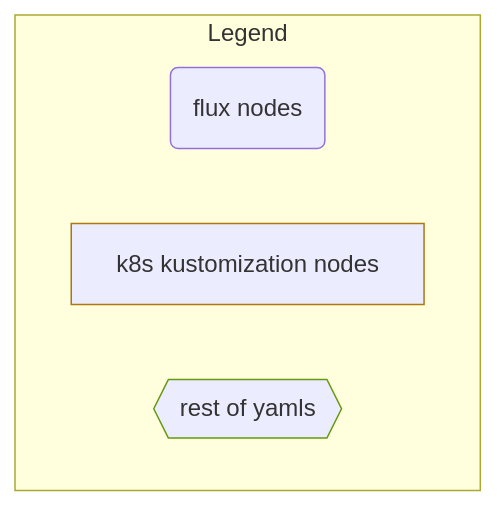
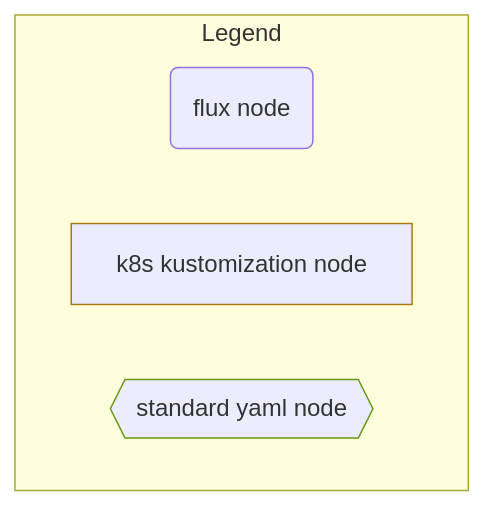
Before and after one commit to retaildevcrews/ngsa-asb: the first of 4 diagrams in docs/FluxDirStructure.md, drawn with Mermaid. The commit also changed other lines of this file, not shown here.

Commit message:
Added zone specific diagram

````diff
--- a/docs/FluxDirStructure.md
+++ b/docs/FluxDirStructure.md
@@ -85,11 +85,11 @@
 ```mermaid
 flowchart TD
     subgraph Legend
-    flux-nodes("flux nodes")
-    k8s_nodes["k8s kustomization nodes"]:::k8s
-    yamls{{rest of yamls}}:::other
+    flux-nodes("flux node")
+    k8s_nodes["k8s kustomization node"]:::k8s
+    yamls{{standard yaml node}}:::other
     end
     classDef k8s stroke:#a71
     classDef other stroke:#691
     classDef start fill:#f121,stroke:#099,stroke-width:2px;
 ```
````
